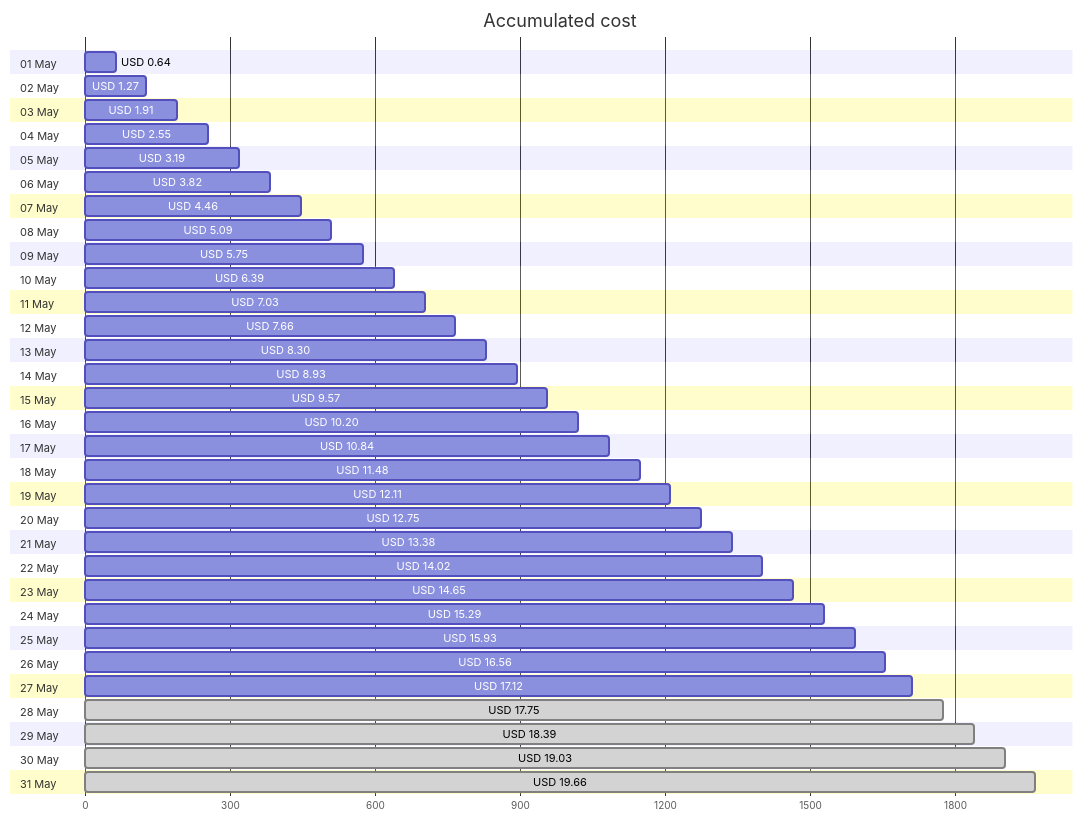
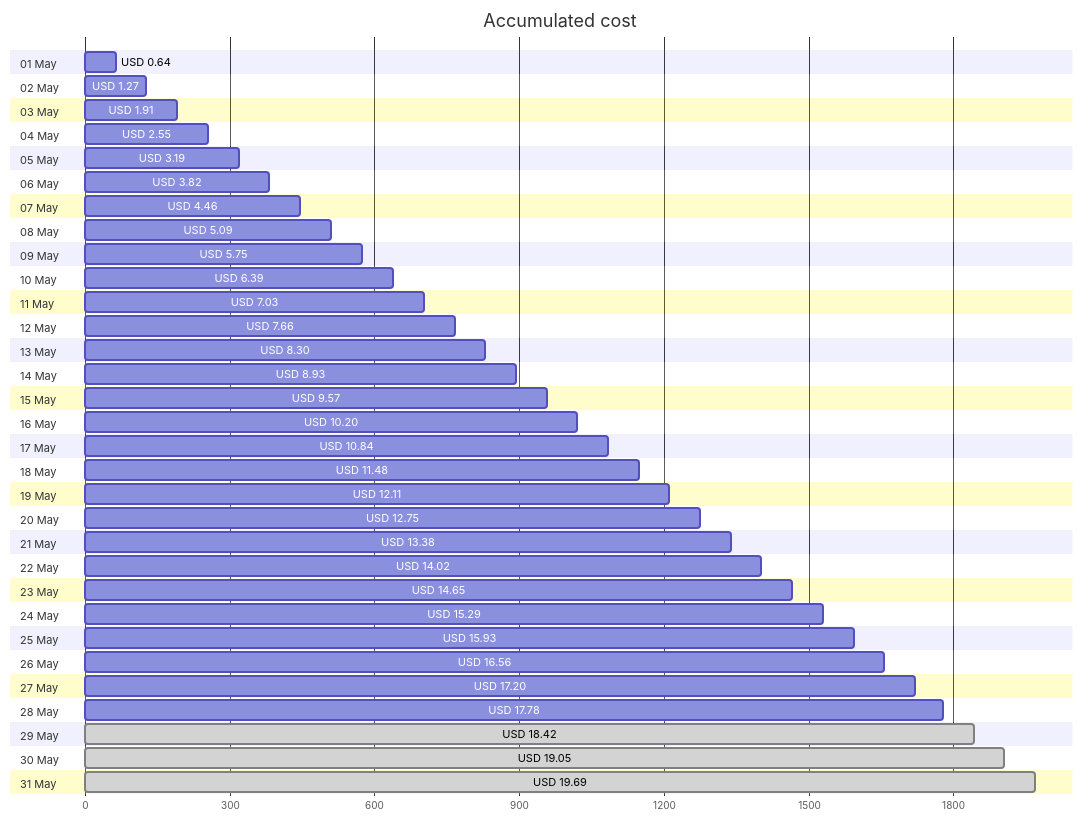
Before and after one commit to jpfulton/azure-personal-reports: the first of 4 diagrams in cost-reports/accumulated-cost.md, drawn with Mermaid. The commit also changed other lines of this file and 4 other files, not shown here.

````diff
--- a/cost-reports/accumulated-cost.md
+++ b/cost-reports/accumulated-cost.md
@@ -20,68 +20,68 @@
 ```mermaid
 gantt
    title Accumulated cost
    dateFormat  X
    axisFormat %s
    section 01 May
    USD 0.64 :0, 64
    section 02 May
    USD 1.27 :0, 127
    section 03 May
    USD 1.91 :0, 191
    section 04 May
    USD 2.55 :0, 255
    section 05 May
    USD 3.19 :0, 319
    section 06 May
    USD 3.82 :0, 382
    section 07 May
    USD 4.46 :0, 446
    section 08 May
    USD 5.09 :0, 509
    section 09 May
    USD 5.75 :0, 575
    section 10 May
    USD 6.39 :0, 639
    section 11 May
    USD 7.03 :0, 703
    section 12 May
    USD 7.66 :0, 766
    section 13 May
    USD 8.30 :0, 830
    section 14 May
    USD 8.93 :0, 893
    section 15 May
    USD 9.57 :0, 957
    section 16 May
    USD 10.20 :0, 1020
    section 17 May
    USD 10.84 :0, 1084
    section 18 May
    USD 11.48 :0, 1148
    section 19 May
    USD 12.11 :0, 1211
    section 20 May
    USD 12.75 :0, 1275
    section 21 May
    USD 13.38 :0, 1338
    section 22 May
    USD 14.02 :0, 1402
    section 23 May
    USD 14.65 :0, 1465
    section 24 May
    USD 15.29 :0, 1529
    section 25 May
    USD 15.93 :0, 1593
    section 26 May
    USD 16.56 :0, 1656
    section 27 May
-   USD 17.12 :0, 1712
+   USD 17.20 :0, 1720
    section 28 May
-   USD 17.75 : done, 0, 1775
+   USD 17.78 :0, 1778
    section 29 May
-   USD 18.39 : done, 0, 1839
+   USD 18.42 : done, 0, 1842
    section 30 May
-   USD 19.03 : done, 0, 1903
+   USD 19.05 : done, 0, 1905
    section 31 May
-   USD 19.66 : done, 0, 1966
+   USD 19.69 : done, 0, 1969
 ```
````
